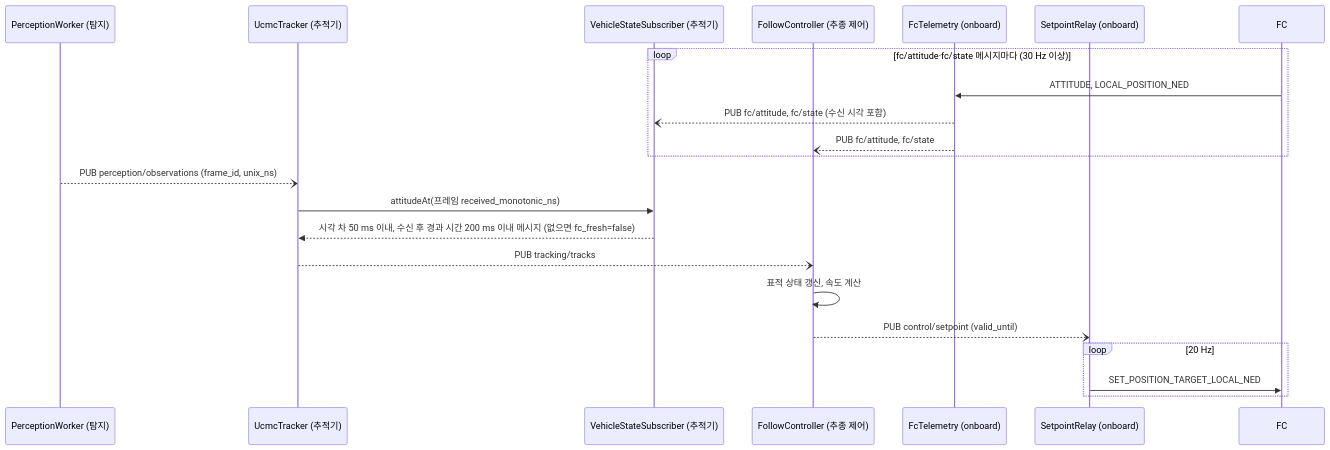
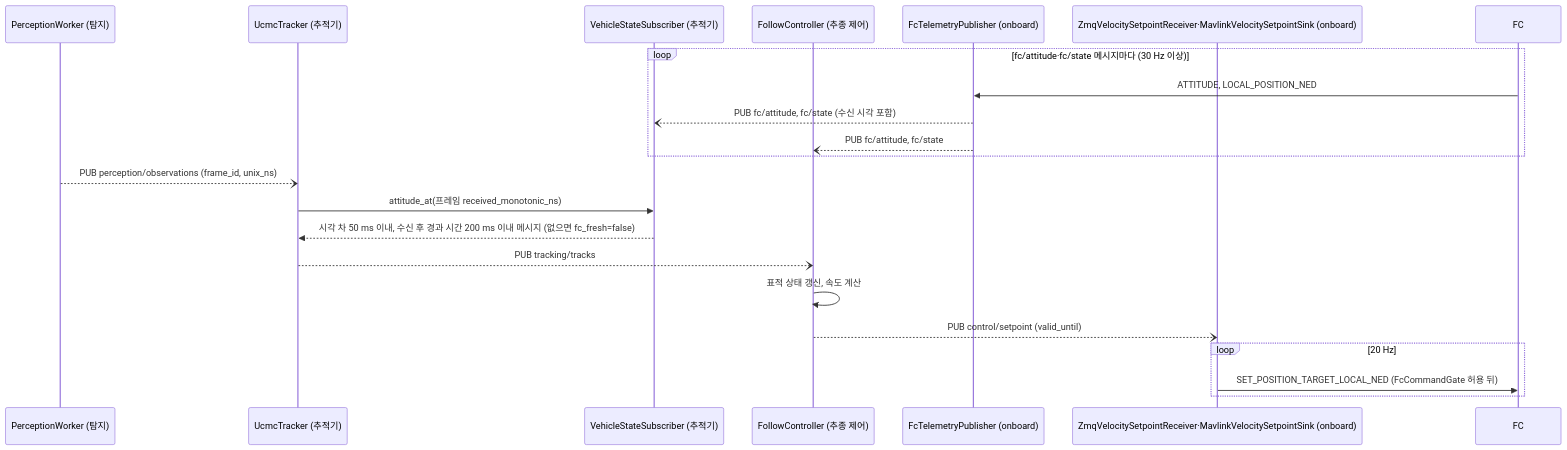
The second of 4 diagrams in docs/design/uml/sequence.md (lig-argus/argus-edge-vision), drawn with Mermaid before and after one commit. The commit also changed other lines of this file and 7 other files, not shown here.

````diff
--- a/docs/design/uml/sequence.md
+++ b/docs/design/uml/sequence.md
@@ -56,25 +58,25 @@
 ```mermaid
 sequenceDiagram
     participant vis as PerceptionWorker (탐지)
     participant trk as UcmcTracker (추적기)
     participant vss as VehicleStateSubscriber (추적기)
     participant ctl as FollowController (추종 제어)
-    participant fct as FcTelemetry (onboard)
-    participant spr as SetpointRelay (onboard)
+    participant fct as FcTelemetryPublisher (onboard)
+    participant spr as ZmqVelocitySetpointReceiver·MavlinkVelocitySetpointSink (onboard)
     participant fc as FC
 
     loop fc/attitude·fc/state 메시지마다 (30 Hz 이상)
         fc->>fct: ATTITUDE, LOCAL_POSITION_NED
         fct--)vss: PUB fc/attitude, fc/state (수신 시각 포함)
         fct--)ctl: PUB fc/attitude, fc/state
     end
     vis--)trk: PUB perception/observations (frame_id, unix_ns)
-    trk->>vss: attitudeAt(프레임 received_monotonic_ns)
+    trk->>vss: attitude_at(프레임 received_monotonic_ns)
     vss-->>trk: 시각 차 50 ms 이내, 수신 후 경과 시간 200 ms 이내 메시지 (없으면 fc_fresh=false)
     trk--)ctl: PUB tracking/tracks
     ctl->>ctl: 표적 상태 갱신, 속도 계산
     ctl--)spr: PUB control/setpoint (valid_until)
     loop 20 Hz
-        spr->>fc: SET_POSITION_TARGET_LOCAL_NED
+        spr->>fc: SET_POSITION_TARGET_LOCAL_NED (FcCommandGate 허용 뒤)
     end
 ```
````
